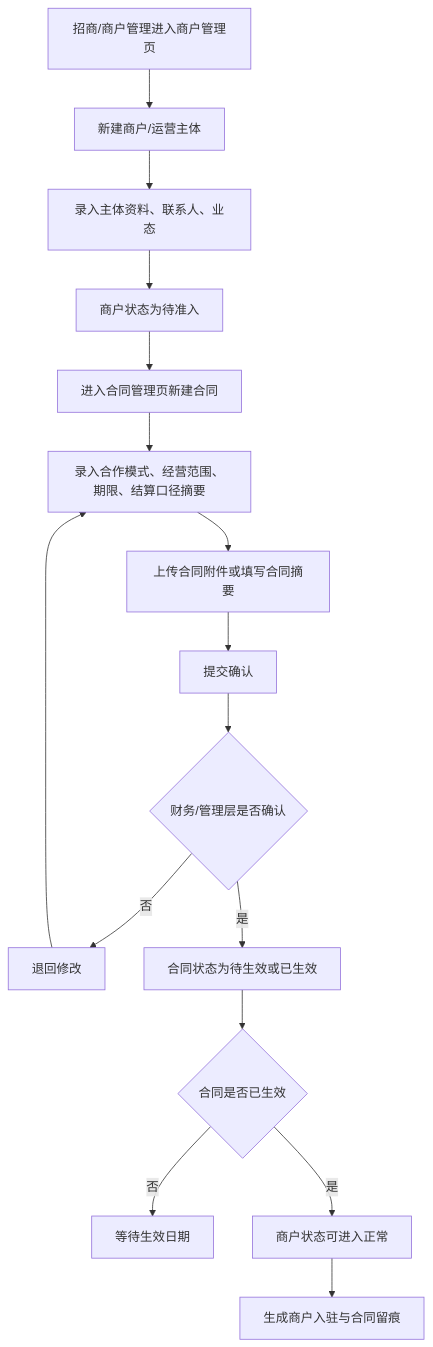
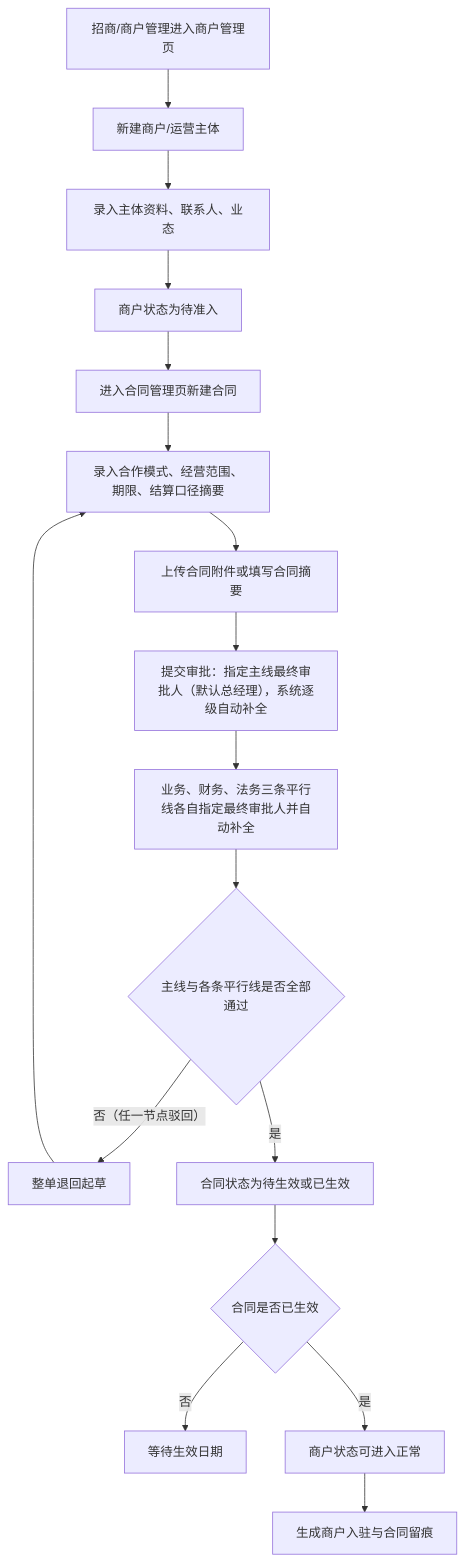
Before and after one commit to jxh1979/mall: the fifth of 20 diagrams in docs/platform-governance-product-spec-v0.2.md, drawn with Mermaid. The commit also changed other lines of this file and 6 other files, not shown here.

````diff
--- a/docs/platform-governance-product-spec-v0.2.md
+++ b/docs/platform-governance-product-spec-v0.2.md
@@ -1571,18 +1560,19 @@
 ```mermaid
 flowchart TD
     A["招商/商户管理进入商户管理页"] --> B["新建商户/运营主体"]
     B --> C["录入主体资料、联系人、业态"]
     C --> D["商户状态为待准入"]
     D --> E["进入合同管理页新建合同"]
     E --> F["录入合作模式、经营范围、期限、结算口径摘要"]
     F --> G["上传合同附件或填写合同摘要"]
-    G --> H["提交确认"]
-    H --> I{"财务/管理层是否确认"}
-    I -- "否" --> J["退回修改"]
-    J --> F
-    I -- "是" --> K["合同状态为待生效或已生效"]
-    K --> L{"合同是否已生效"}
-    L -- "否" --> M["等待生效日期"]
-    L -- "是" --> N["商户状态可进入正常"]
-    N --> O["生成商户入驻与合同留痕"]
+    G --> H["提交审批：指定主线最终审批人（默认总经理），系统逐级自动补全"]
+    H --> I["业务、财务、法务三条平行线各自指定最终审批人并自动补全"]
+    I --> J{"主线与各条平行线是否全部通过"}
+    J -- "否（任一节点驳回）" --> K["整单退回起草"]
+    K --> F
+    J -- "是" --> L["合同状态为待生效或已生效"]
+    L --> M{"合同是否已生效"}
+    M -- "否" --> N["等待生效日期"]
+    M -- "是" --> O["商户状态可进入正常"]
+    O --> P["生成商户入驻与合同留痕"]
 ```
````
